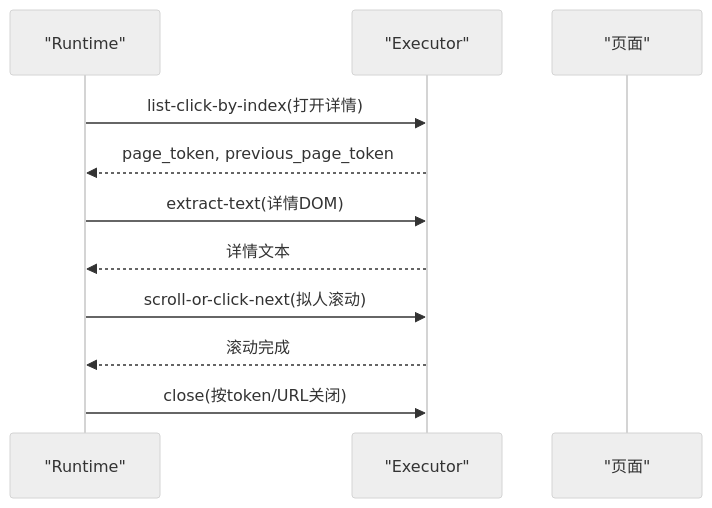
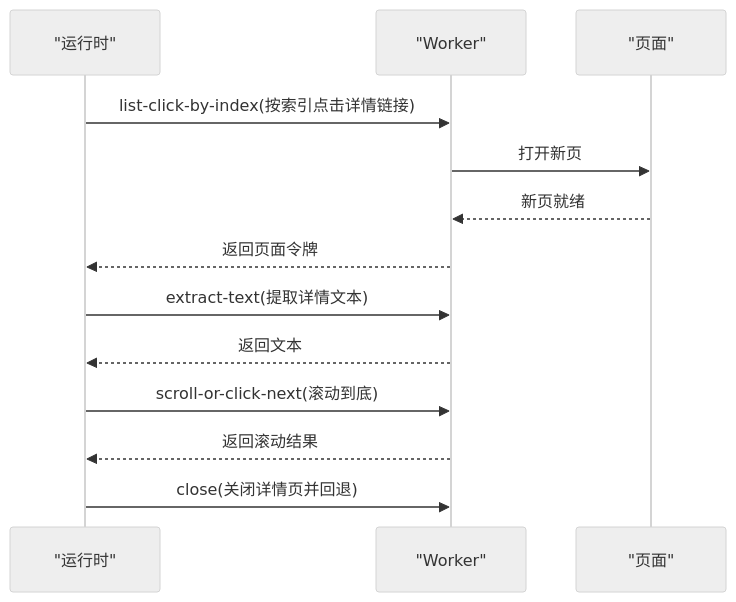
The sixth of 10 diagrams in .qoder/repowiki/zh/content/系统架构/本地Agent架构/平台适配器系统/猎聘适配器.md (alvinwangzi/goodhr), drawn with Mermaid (neutral theme) before and after one commit. The commit also changed other lines of this file and 149 other files, not shown here.

````diff
--- a/.qoder/repowiki/zh/content/系统架构/本地Agent架构/平台适配器系统/猎聘适配器.md
+++ b/.qoder/repowiki/zh/content/系统架构/本地Agent架构/平台适配器系统/猎聘适配器.md
@@ -224,13 +227,15 @@
 ```mermaid
 sequenceDiagram
-participant R as "Runtime"
-participant E as "Executor"
+participant R as "运行时"
+participant W as "Worker"
 participant P as "页面"
-R->>E : list-click-by-index(打开详情)
-E-->>R : page_token, previous_page_token
-R->>E : extract-text(详情DOM)
-E-->>R : 详情文本
-R->>E : scroll-or-click-next(拟人滚动)
-E-->>R : 滚动完成
-R->>E : close(按token/URL关闭)
+R->>W : list-click-by-index(按索引点击详情链接)
+W->>P : 打开新页
+P-->>W : 新页就绪
+W-->>R : 返回页面令牌
+R->>W : extract-text(提取详情文本)
+W-->>R : 返回文本
+R->>W : scroll-or-click-next(滚动到底)
+W-->>R : 返回滚动结果
+R->>W : close(关闭详情页并回退)
 ```
````
